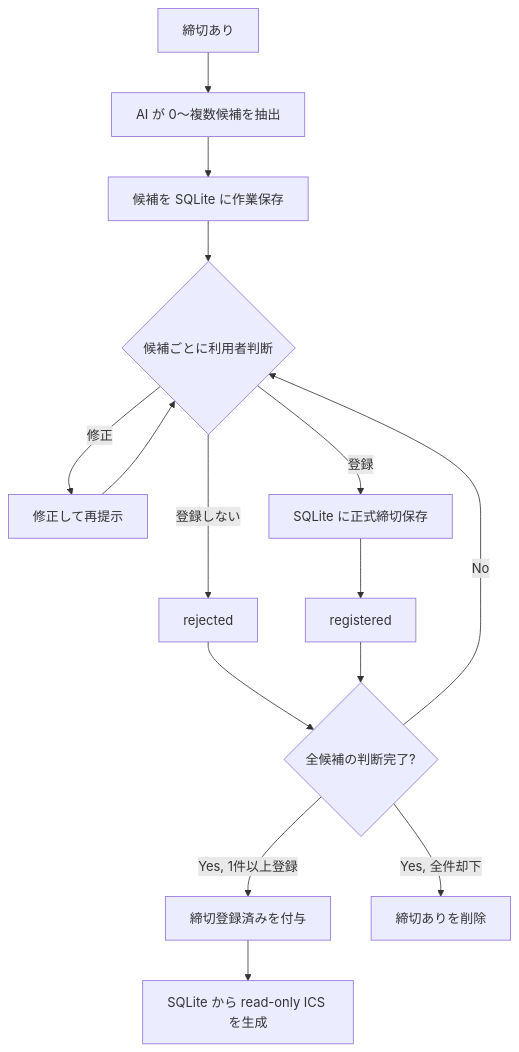
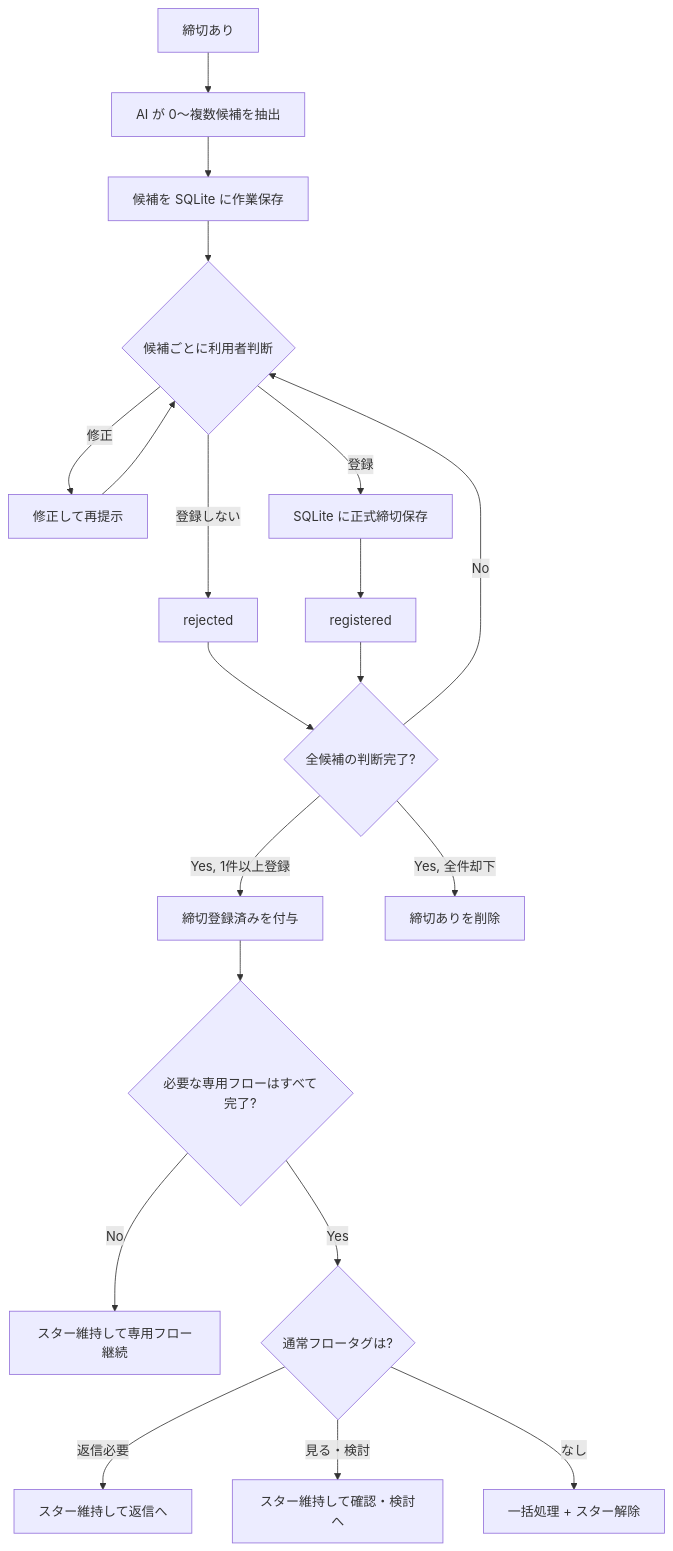
Before and after one commit to a3suger/WorkInBox: the second of 3 diagrams in docs/design_workflow.md, drawn with Mermaid. The commit also changed other lines of this file, not shown here.

Commit message:
Refine WorkInBox architecture and workflow completion rules

````diff
--- a/docs/design_workflow.md
+++ b/docs/design_workflow.md
@@ -657,17 +707,22 @@
 ```mermaid
 flowchart TD
     A[締切あり] --> B[AI が 0〜複数候補を抽出]
     B --> C[候補を SQLite に作業保存]
     C --> D{候補ごとに利用者判断}
     D -->|登録しない| E[rejected]
     D -->|修正| F[修正して再提示]
     D -->|登録| G[SQLite に正式締切保存]
     F --> D
     G --> H[registered]
     E --> I{全候補の判断完了?}
     H --> I
     I -->|No| D
     I -->|Yes, 1件以上登録| J[締切登録済みを付与]
     I -->|Yes, 全件却下| K[締切ありを削除]
-    J --> L[SQLite から read-only ICS を生成]
+    J --> L{必要な専用フローはすべて完了?}
+    L -->|No| M[スター維持して専用フロー継続]
+    L -->|Yes| N{通常フロータグは?}
+    N -->|返信必要| O[スター維持して返信へ]
+    N -->|見る・検討| P[スター維持して確認・検討へ]
+    N -->|なし| Q[一括処理 + スター解除]
 ```
````
